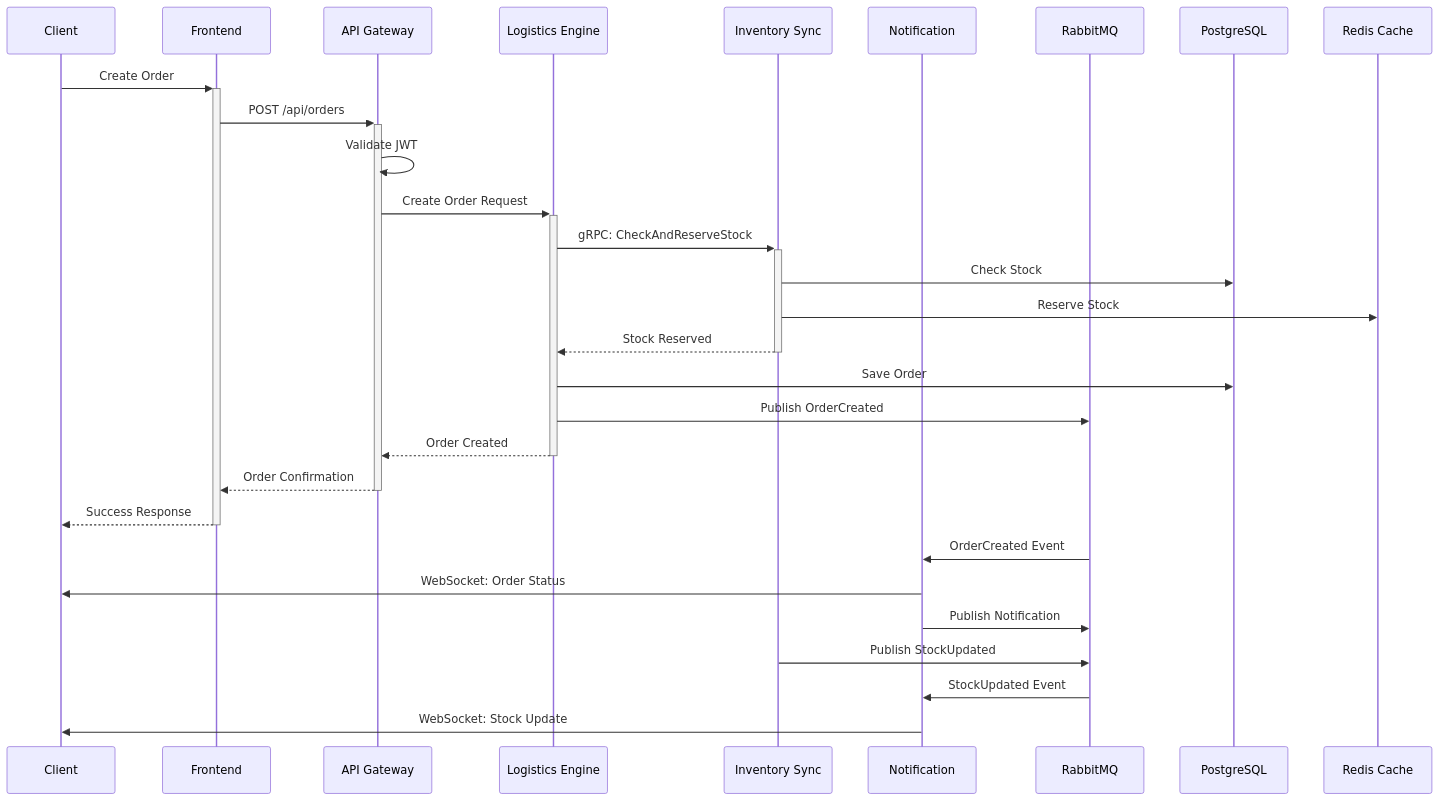
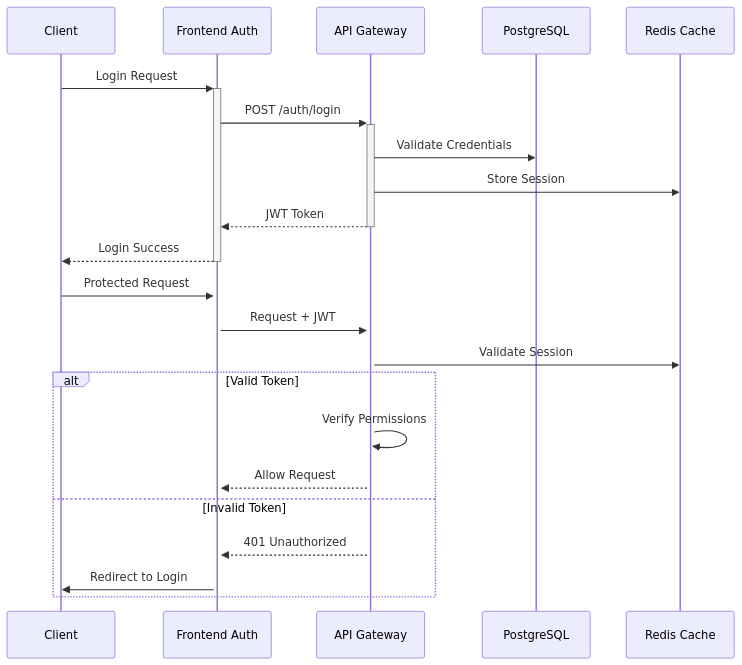
One commit to caiotheodoro/synkro changed the third of 7 diagrams in README.md. Above: the diagram before and after it, drawn with Mermaid. The commit also changed other lines of this file, not shown here.

First line of the commit message:
feat: Update README.md to reflect architectural changes and service details

````diff
--- a/README.md
+++ b/README.md
@@ -485,41 +512,29 @@
 ```mermaid
 sequenceDiagram
     participant C as Client
-    participant FE as Frontend
+    participant FE as Frontend Auth
     participant AG as API Gateway
-    participant LE as Logistics Engine
-    participant IS as Inventory Sync
-    participant NS as Notification
-    participant RMQ as RabbitMQ
     participant DB as PostgreSQL
     participant RC as Redis Cache
 
-    %% Order Creation
-    C->>+FE: Create Order
-    FE->>+AG: POST /api/orders
-    AG->>AG: Validate JWT
-    AG->>+LE: Create Order Request
+    %% Login Flow
+    C->>+FE: Login Request
+    FE->>+AG: POST /auth/login
+    AG->>DB: Validate Credentials
+    AG->>RC: Store Session
+    AG-->>-FE: JWT Token
+    FE-->>-C: Login Success
+
+    %% Token Validation
+    C->>+FE: Protected Request
+    FE->>+AG: Request + JWT
+    AG->>RC: Validate Session
     
-    %% Stock Check
-    LE->>+IS: gRPC: CheckAndReserveStock
-    IS->>DB: Check Stock
-    IS->>RC: Reserve Stock
-    IS-->>-LE: Stock Reserved
-    
-    %% Order Processing
-    LE->>DB: Save Order
-    LE->>RMQ: Publish OrderCreated
-    LE-->>-AG: Order Created
-    AG-->>-FE: Order Confirmation
-    FE-->>-C: Success Response
-    
-    %% Async Processing
-    RMQ->>NS: OrderCreated Event
-    NS->>C: WebSocket: Order Status
-    NS->>RMQ: Publish Notification
-    
-    %% Stock Update
-    IS->>RMQ: Publish StockUpdated
-    RMQ->>NS: StockUpdated Event
-    NS->>C: WebSocket: Stock Update
+    alt Valid Token
+        AG->>AG: Verify Permissions
+        AG-->>FE: Allow Request
+    else Invalid Token
+        AG-->>FE: 401 Unauthorized
+        FE->>C: Redirect to Login
+    end
 ```
````
